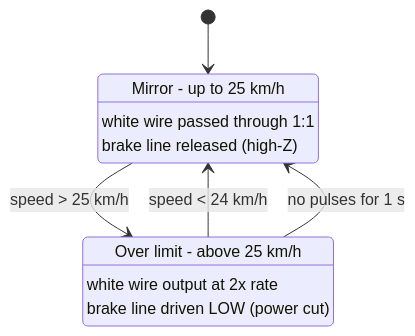
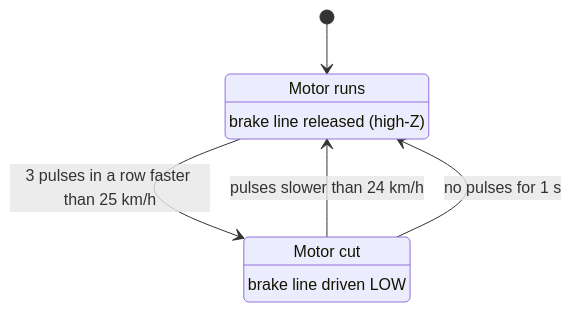
The diagram in design.md (Haddley/bikespeed), drawn with Mermaid before and after one commit. The commit also changed other lines of this file and 10 other files, not shown here.

````diff
--- a/design.md
+++ b/design.md
@@ -84,14 +51,12 @@
 ```mermaid
 stateDiagram-v2
-    [*] --> Mirror
-    Mirror: Mirror - up to 25 km/h
-    Mirror: white wire passed through 1:1
-    Mirror: brake line released (high-Z)
-    Double: Over limit - above 25 km/h
-    Double: white wire output at 2x rate
-    Double: brake line driven LOW (power cut)
+    [*] --> Released
+    Released: Motor runs
+    Released: brake line released (high-Z)
+    Cutting: Motor cut
+    Cutting: brake line driven LOW
 
-    Mirror --> Double: speed > 25 km/h
-    Double --> Mirror: speed < 24 km/h
-    Double --> Mirror: no pulses for 1 s
+    Released --> Cutting: 3 pulses in a row faster than 25 km/h
+    Cutting --> Released: pulses slower than 24 km/h
+    Cutting --> Released: no pulses for 1 s
 ```
````
